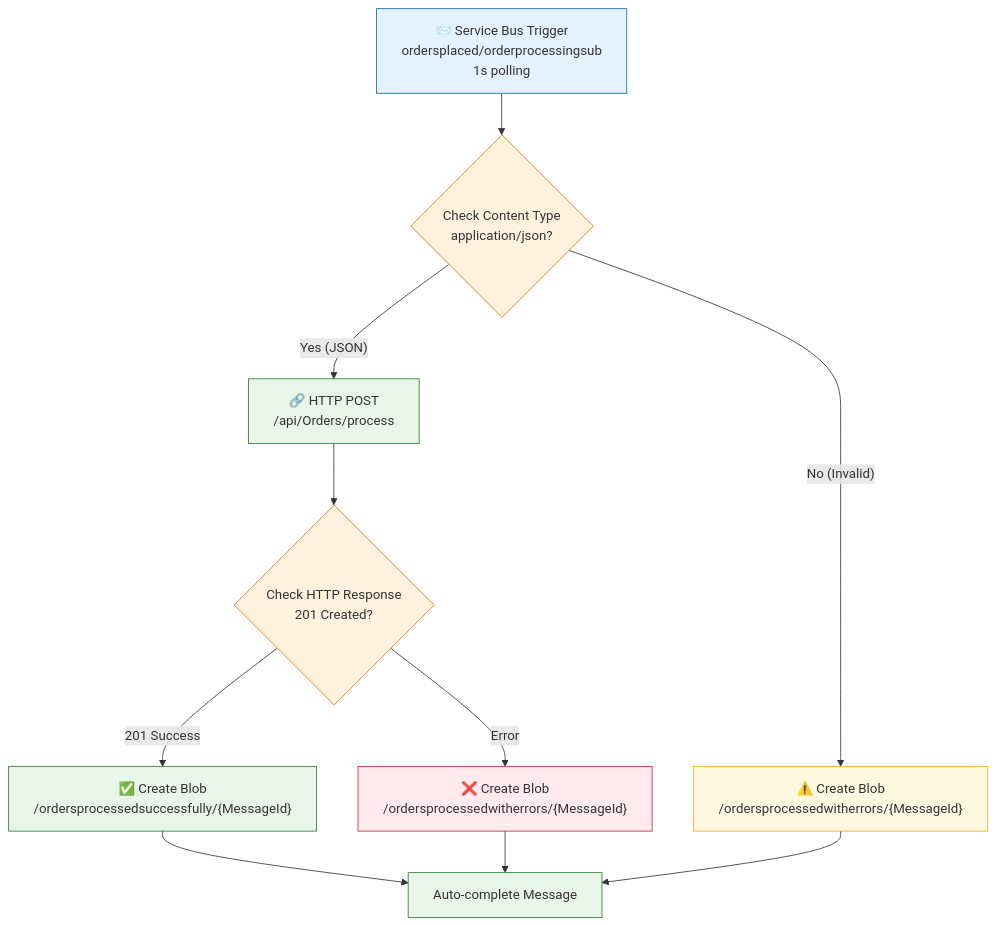
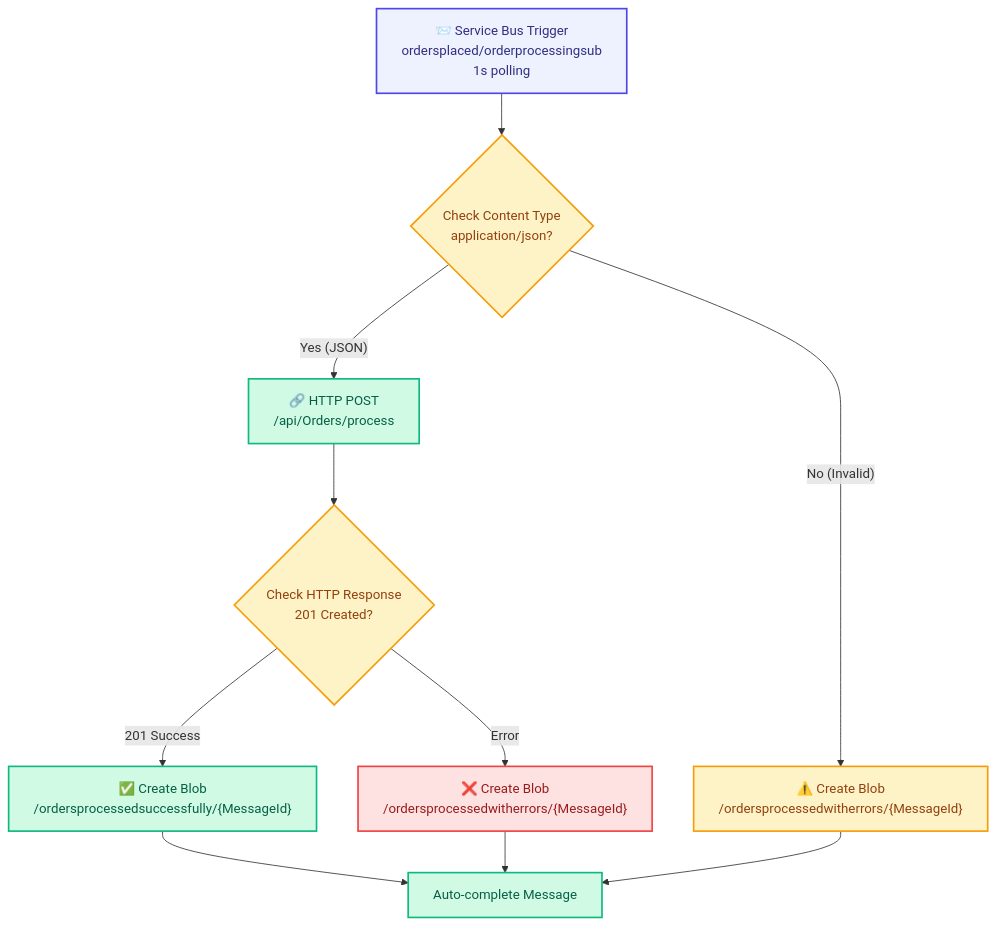
Before and after one commit to Evilazaro/Azure-LogicApps-Monitoring: the fourth of 6 diagrams in docs/architecture/03-application-architecture.md, drawn with Mermaid. The commit also changed other lines of this file and 4 other files, not shown here.

Commit message:
feat(docs): Enhance architecture documentation with detailed diagrams and modern color palette

````diff
--- a/docs/architecture/03-application-architecture.md
+++ b/docs/architecture/03-application-architecture.md
@@ -318,33 +330,36 @@
 ```mermaid
 flowchart TD
+    %% OrdersPlacedProcess Workflow - Order message processing flow
     Trigger["📨 Service Bus Trigger<br/>ordersplaced/orderprocessingsub<br/>1s polling"]
     Check{"Check Content Type<br/>application/json?"}
     CallAPI["🔗 HTTP POST<br/>/api/Orders/process"]
     CheckResult{"Check HTTP Response<br/>201 Created?"}
     StoreSuccess["✅ Create Blob<br/>/ordersprocessedsuccessfully/{MessageId}"]
     StoreError["❌ Create Blob<br/>/ordersprocessedwitherrors/{MessageId}"]
     StoreInvalid["⚠️ Create Blob<br/>/ordersprocessedwitherrors/{MessageId}"]
     Complete["Auto-complete Message"]
 
+    %% Flow connections
     Trigger --> Check
     Check -->|"Yes (JSON)"| CallAPI
     Check -->|"No (Invalid)"| StoreInvalid
     CallAPI --> CheckResult
     CheckResult -->|"201 Success"| StoreSuccess
     CheckResult -->|"Error"| StoreError
     StoreSuccess --> Complete
     StoreError --> Complete
     StoreInvalid --> Complete
 
-    classDef trigger fill:#e3f2fd,stroke:#1565c0
-    classDef decision fill:#fff3e0,stroke:#ef6c00
-    classDef success fill:#e8f5e9,stroke:#2e7d32
-    classDef error fill:#ffebee,stroke:#c62828
-    classDef warning fill:#fff8e1,stroke:#f9a825
+    %% Modern color palette - WCAG AA compliant
+    classDef trigger fill:#EEF2FF,stroke:#4F46E5,stroke-width:2px,color:#312E81
+    classDef decision fill:#FEF3C7,stroke:#F59E0B,stroke-width:2px,color:#92400E
+    classDef success fill:#D1FAE5,stroke:#10B981,stroke-width:2px,color:#065F46
+    classDef error fill:#FEE2E2,stroke:#EF4444,stroke-width:2px,color:#991B1B
+    classDef warning fill:#FEF3C7,stroke:#F59E0B,stroke-width:2px,color:#92400E
 
     class Trigger trigger
     class Check,CheckResult decision
     class CallAPI,Complete,StoreSuccess success
     class StoreError error
     class StoreInvalid warning
 ```
````
